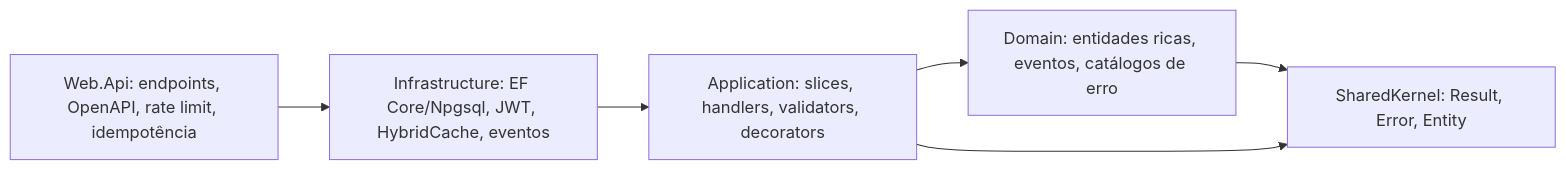
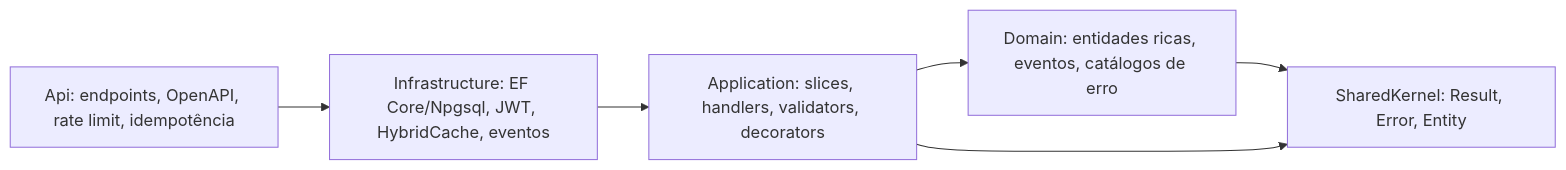
Before and after one commit to eovinicius/clean-architecture: the diagram in docs/03-Architecture/Overview.md, drawn with Mermaid. The commit also changed 133 other files, not shown here.

First line of the commit message:
refactor(api): renomeia projeto Web.Api para Api

````diff
--- a/docs/03-Architecture/Overview.md
+++ b/docs/03-Architecture/Overview.md
@@ -10,8 +10,8 @@
 ```mermaid
 flowchart LR
-    API["Web.Api: endpoints, OpenAPI, rate limit, idempotência"] --> INF["Infrastructure: EF Core/Npgsql, JWT, HybridCache, eventos"]
+    API["Api: endpoints, OpenAPI, rate limit, idempotência"] --> INF["Infrastructure: EF Core/Npgsql, JWT, HybridCache, eventos"]
     INF --> APP["Application: slices, handlers, validators, decorators"]
     APP --> DOM["Domain: entidades ricas, eventos, catálogos de erro"]
     DOM --> SK["SharedKernel: Result, Error, Entity"]
     APP --> SK
 ```
````
